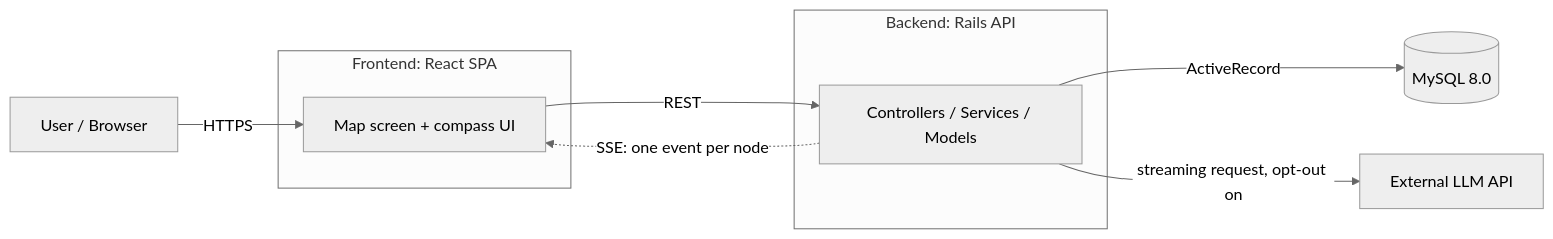
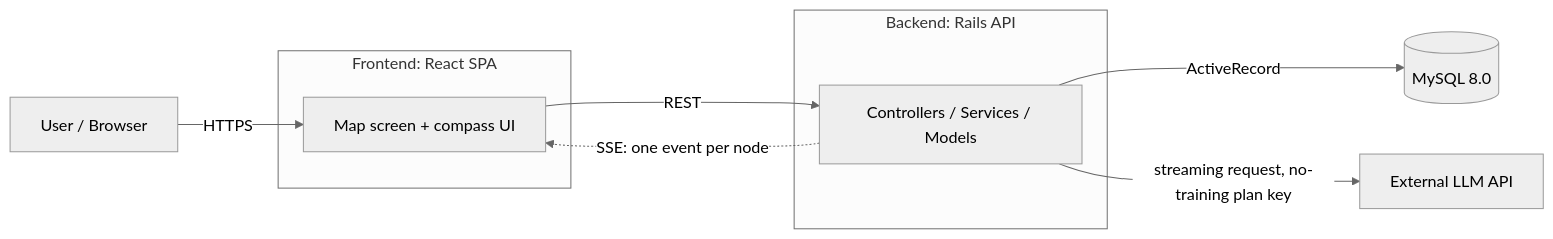
The first of 2 diagrams in .claude/rules/code/architecture.md (ryuma-1/Campass), drawn with Mermaid (neutral theme) before and after one commit. The commit also changed 5 other files, not shown here.

First line of the commit message:
docs: keep LLM inputs out of training by the API plan, not the request (#25)

````diff
--- a/.claude/rules/code/architecture.md
+++ b/.claude/rules/code/architecture.md
@@ -7,21 +7,21 @@
 ```mermaid
 graph LR
     User[User / Browser]
 
     subgraph FE[Frontend: React SPA]
         FEApp[Map screen + compass UI]
     end
 
     subgraph BE[Backend: Rails API]
         BEApp[Controllers / Services / Models]
     end
 
     DB[(MySQL 8.0)]
     LLM[External LLM API]
 
     User -->|HTTPS| FEApp
     FEApp -->|REST| BEApp
     BEApp -.->|SSE: one event per node| FEApp
     BEApp -->|ActiveRecord| DB
-    BEApp -->|streaming request, opt-out on| LLM
+    BEApp -->|streaming request, no-training plan key| LLM
 ```
````
